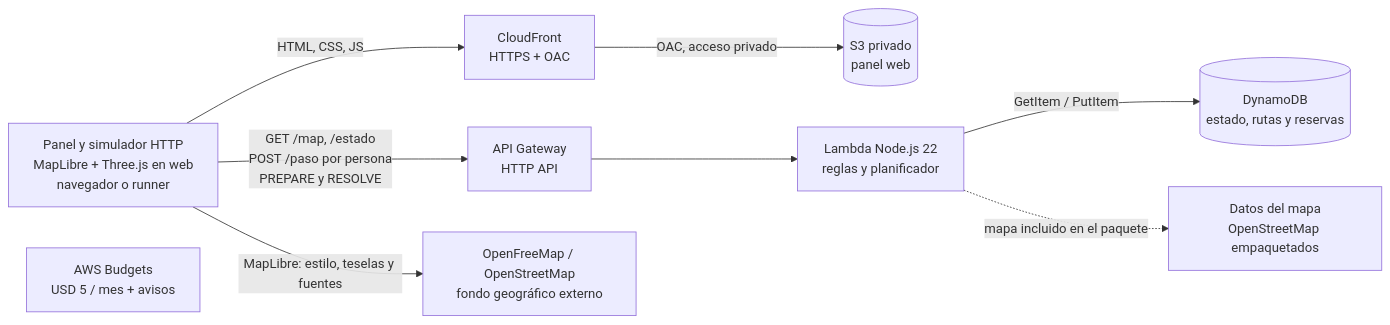
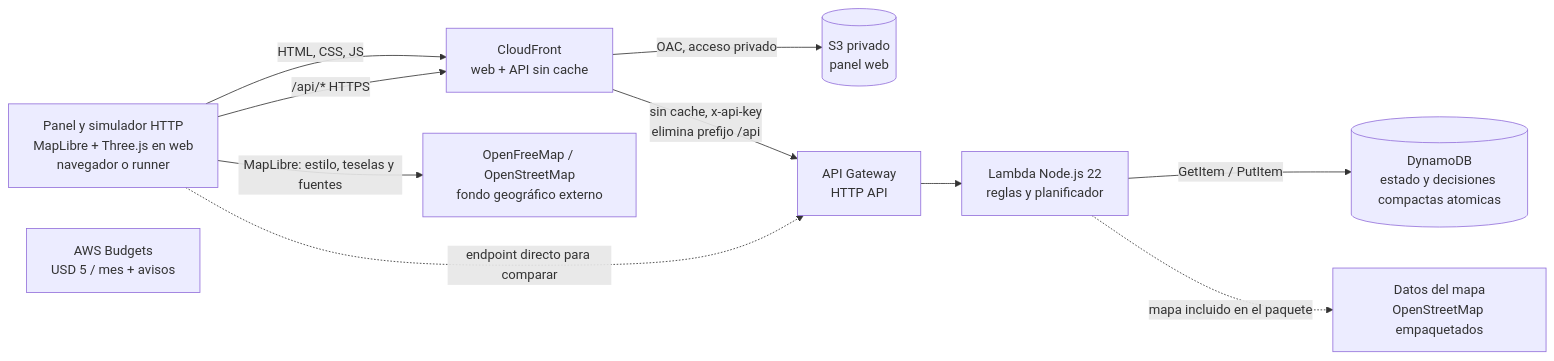
Before and after one commit to 29129/Spookython: the diagram in docs/arquitectura.mmd, drawn with Mermaid. The commit also changed 18 other files, not shown here.

Commit message:
perf: project survivor decisions and add measurable CloudFront API route

```diff
--- a/docs/arquitectura.mmd
+++ b/docs/arquitectura.mmd
@@ -1,18 +1,20 @@
 flowchart LR
     Browser[Panel y simulador HTTP<br/>MapLibre + Three.js en web<br/>navegador o runner]
-    CF[CloudFront<br/>HTTPS + OAC]
+    CF[CloudFront<br/>web + API sin cache]
     S3[(S3 privado<br/>panel web)]
     APIGW[API Gateway<br/>HTTP API]
     Lambda[Lambda Node.js 22<br/>reglas y planificador]
-    DDB[(DynamoDB<br/>estado, rutas y reservas)]
+    DDB[(DynamoDB<br/>estado y decisiones compactas atomicas)]
     OSM[Datos del mapa<br/>OpenStreetMap empaquetados]
 
     Browser -->|HTML, CSS, JS| CF
     Basemap[OpenFreeMap / OpenStreetMap<br/>fondo geográfico externo]
     Browser -->|MapLibre: estilo, teselas y fuentes| Basemap
     CF -->|OAC, acceso privado| S3
-    Browser -->|GET /map, /estado<br/>POST /paso por persona<br/>PREPARE y RESOLVE| APIGW
+    Browser -->|/api/* HTTPS| CF
+    CF -->|sin cache, x-api-key<br/>elimina prefijo /api| APIGW
+    Browser -.->|endpoint directo para comparar| APIGW
     APIGW --> Lambda
     Lambda -->|GetItem / PutItem| DDB
     Lambda -.->|mapa incluido en el paquete| OSM
     Budget[AWS Budgets<br/>USD 5 / mes + avisos]
```
